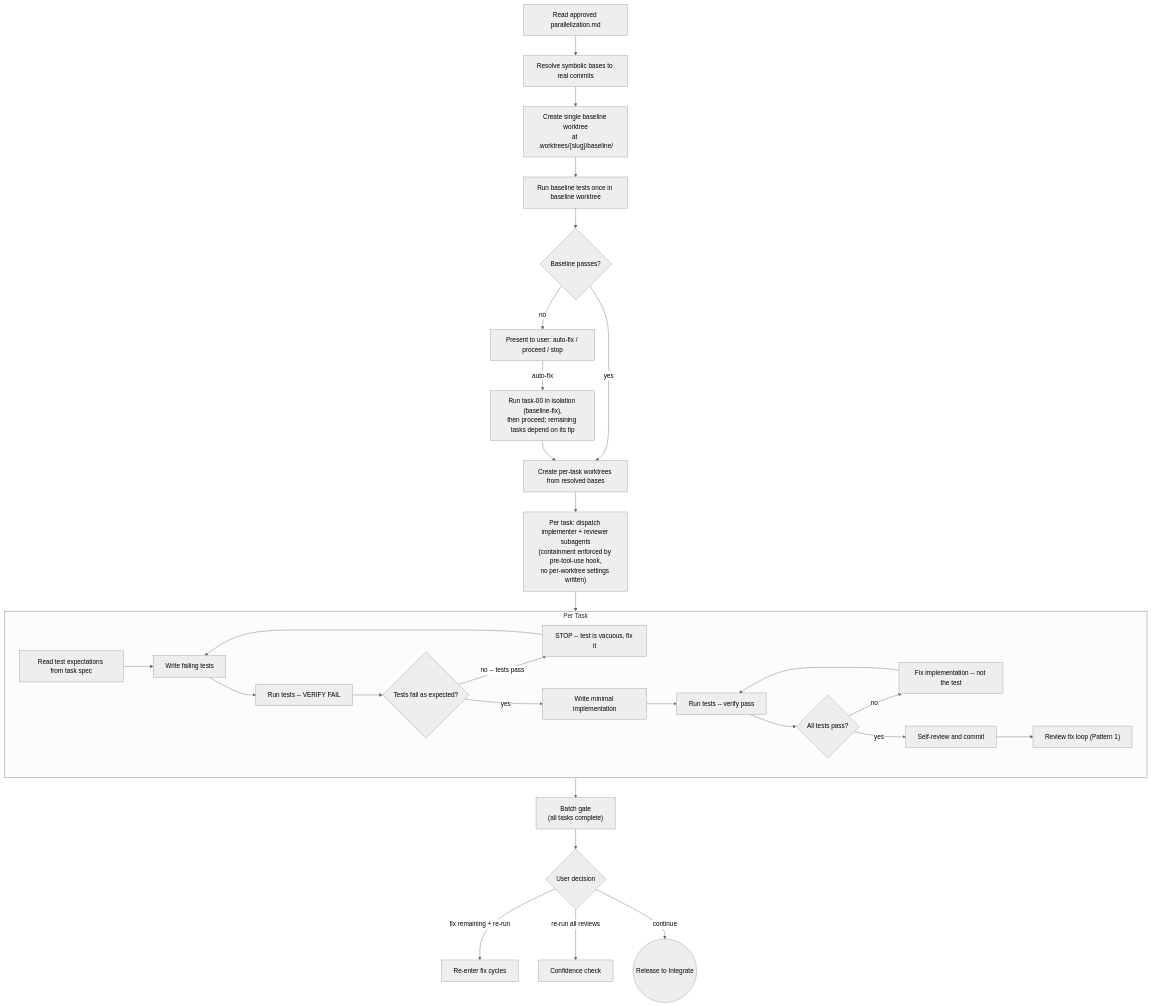
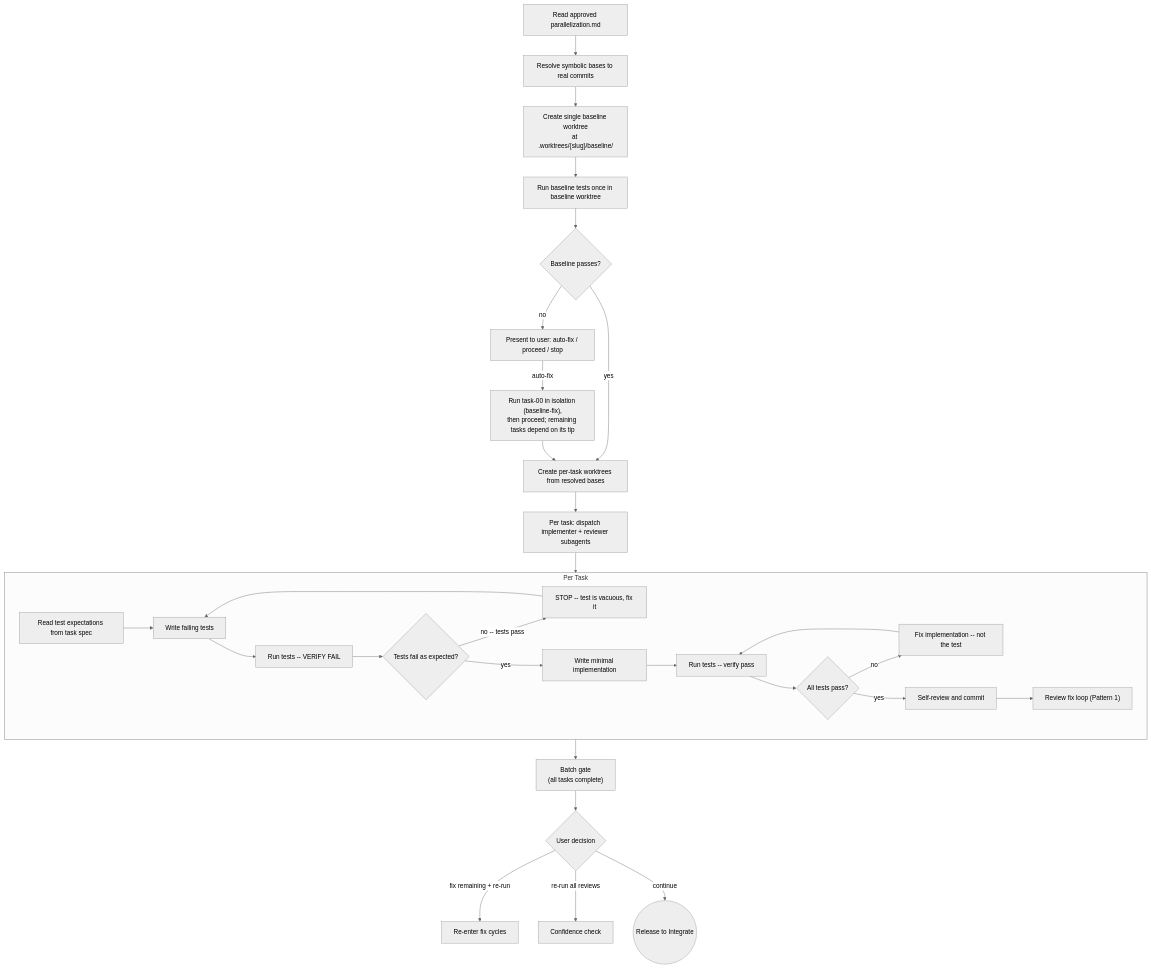
One commit to dfrysinger/qrspi-plus changed diagram 11 of 20 in README.md. Above: the diagram before and after it, drawn with Mermaid (neutral theme). The commit also changed other lines of this file and 47 other files, not shown here.

````diff
--- a/README.md
+++ b/README.md
@@ -241,34 +233,34 @@
 ```mermaid
 flowchart TD
     A["Read approved parallelization.md"] --> B[Resolve symbolic bases to real commits]
     B --> BL["Create single baseline worktree<br>at .worktrees/{slug}/baseline/"]
     BL --> E[Run baseline tests once in baseline worktree]
     E --> F{Baseline passes?}
     F -->|no| BF[Present to user: auto-fix / proceed / stop]
     BF -->|auto-fix| BI["Run task-00 in isolation (baseline-fix),<br>then proceed; remaining tasks depend on its tip"]
     BI --> CW
     F -->|yes| CW[Create per-task worktrees from resolved bases]
-    CW --> H["Per task: dispatch implementer + reviewer subagents<br>(containment enforced by pre-tool-use hook,<br>no per-worktree settings written)"]
+    CW --> H["Per task: dispatch implementer + reviewer subagents"]
 
     subgraph pertask["Per Task"]
         PA[Read test expectations from task spec] --> PB[Write failing tests]
         PB --> PC[Run tests -- VERIFY FAIL]
         PC --> PD{Tests fail as expected?}
         PD -->|no -- tests pass| PE[STOP -- test is vacuous, fix it]
         PE --> PB
         PD -->|yes| PF[Write minimal implementation]
         PF --> PG[Run tests -- verify pass]
         PG --> PH{All tests pass?}
         PH -->|no| PI[Fix implementation -- not the test]
         PI --> PG
         PH -->|yes| PJ[Self-review and commit]
         PJ --> PK["Review fix loop (Pattern 1)"]
     end
 
     H --> pertask
     pertask --> L["Batch gate<br>(all tasks complete)"]
     L --> M{User decision}
     M -->|fix remaining + re-run| N[Re-enter fix cycles]
     M -->|re-run all reviews| O[Confidence check]
     M -->|continue| P((Release to Integrate))
 ```
````
